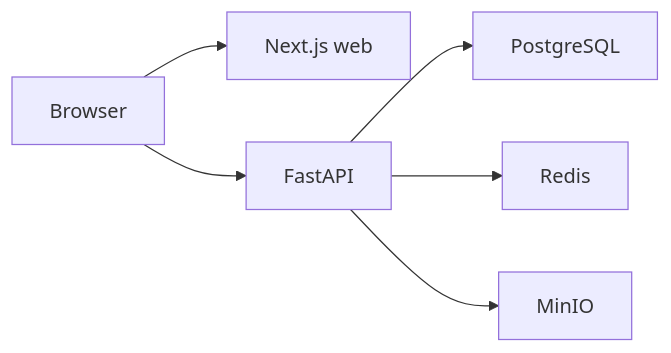
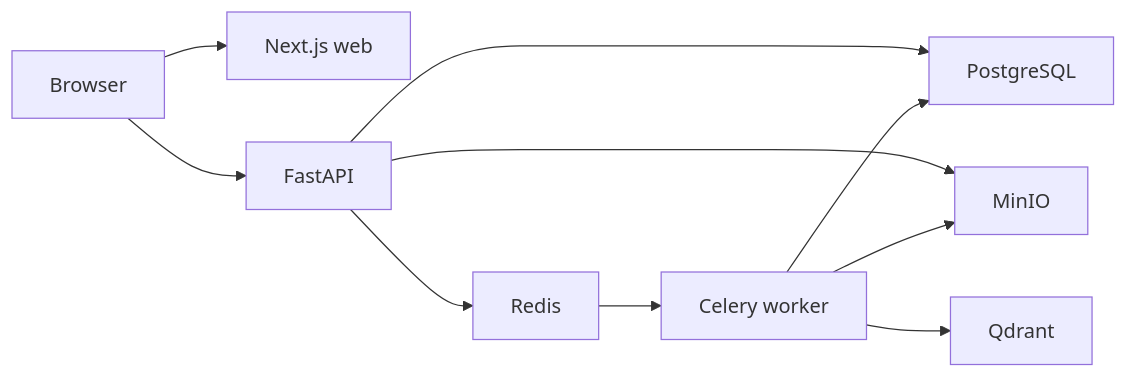
Before and after one commit to asthing/AsThing: the diagram in docs/architecture.md, drawn with Mermaid. The commit also changed other lines of this file and 44 other files, not shown here.

````diff
--- a/docs/architecture.md
+++ b/docs/architecture.md
@@ -5,8 +5,12 @@
 ```mermaid
 flowchart LR
     Browser --> Web[Next.js web]
     Browser --> API[FastAPI]
     API --> PostgreSQL
     API --> Redis
     API --> MinIO
+    Redis --> Worker[Celery worker]
+    Worker --> PostgreSQL
+    Worker --> MinIO
+    Worker --> Qdrant
 ```
````
